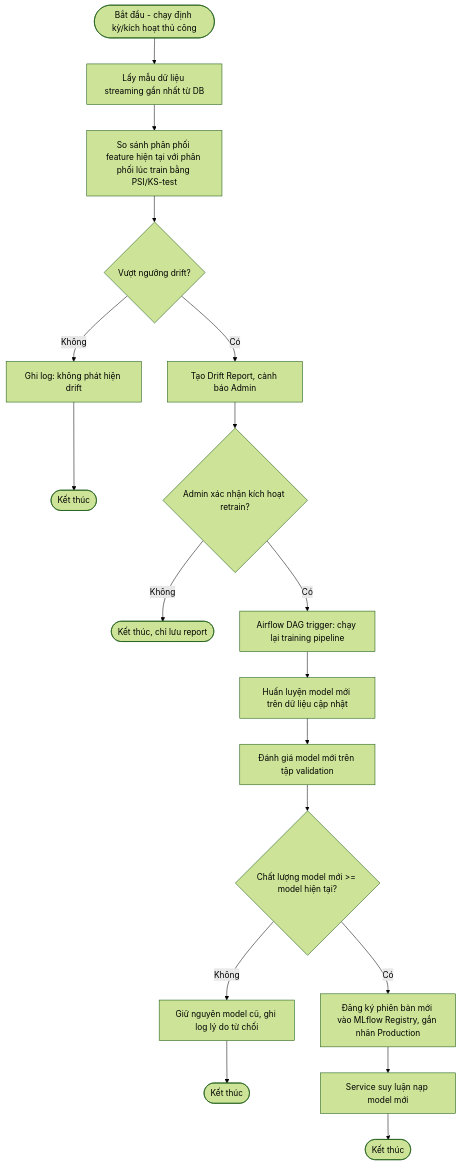
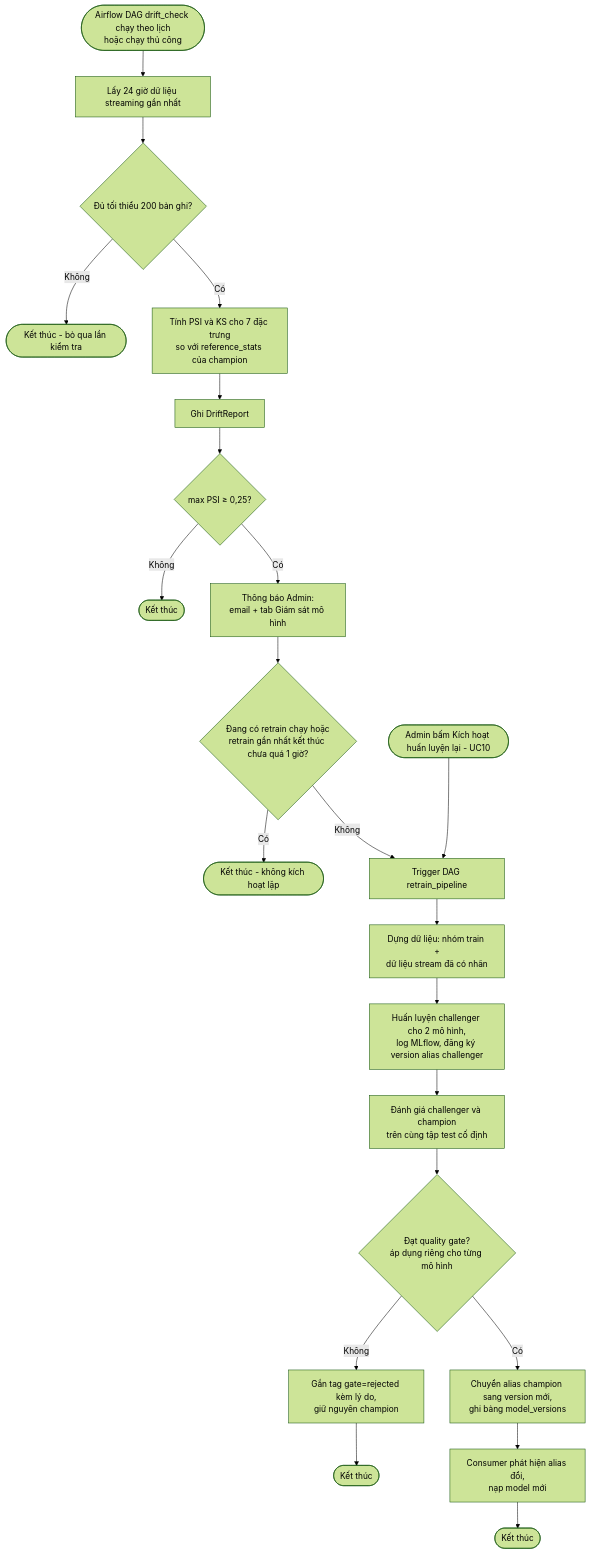
The third of 3 diagrams in docs/design/02_3_activity.md (MinhNguyen1007/Remote-patient-monitoring-system-using-Streaming-MLOps), drawn with Mermaid (forest theme) before and after one commit. The commit also changed other lines of this file and 21 other files, not shown here.

````diff
--- a/docs/design/02_3_activity.md
+++ b/docs/design/02_3_activity.md
@@ -41,20 +56,24 @@
 ```mermaid
 flowchart TD
-    Start([Bắt đầu - chạy định kỳ/kích hoạt thủ công]) --> A[Lấy mẫu dữ liệu streaming gần nhất từ DB]
-    A --> B[So sánh phân phối feature hiện tại với phân phối lúc train bằng PSI/KS-test]
-    B --> C{Vượt ngưỡng drift?}
-    C -- Không --> D[Ghi log: không phát hiện drift]
-    D --> End1([Kết thúc])
-    C -- Có --> E[Tạo Drift Report, cảnh báo Admin]
-    E --> F{Admin xác nhận kích hoạt retrain?}
-    F -- Không --> End2([Kết thúc, chỉ lưu report])
-    F -- Có --> G[Airflow DAG trigger: chạy lại training pipeline]
-    G --> H[Huấn luyện model mới trên dữ liệu cập nhật]
-    H --> I[Đánh giá model mới trên tập validation]
-    I --> J{Chất lượng model mới >= model hiện tại?}
-    J -- Không --> K[Giữ nguyên model cũ, ghi log lý do từ chối]
-    K --> End3([Kết thúc])
-    J -- Có --> L[Đăng ký phiên bản mới vào MLflow Registry, gắn nhãn Production]
-    L --> M[Service suy luận nạp model mới]
-    M --> End4([Kết thúc])
+    S1([Airflow DAG drift_check chạy theo lịch<br/>hoặc chạy thủ công]) --> A[Lấy 24 giờ dữ liệu streaming gần nhất]
+    A --> A1{Đủ tối thiểu 200 bản ghi?}
+    A1 -- Không --> E0([Kết thúc - bỏ qua lần kiểm tra])
+    A1 -- Có --> B[Tính PSI và KS cho 7 đặc trưng<br/>so với reference_stats của champion]
+    B --> C[Ghi DriftReport]
+    C --> D{max PSI ≥ 0,25?}
+    D -- Không --> E1([Kết thúc])
+    D -- Có --> F[Thông báo Admin:<br/>email + tab Giám sát mô hình]
+    F --> G{Đang có retrain chạy hoặc<br/>retrain gần nhất kết thúc chưa quá 1 giờ?}
+    G -- Có --> E2([Kết thúc - không kích hoạt lặp])
+    G -- Không --> R[Trigger DAG retrain_pipeline]
+    S2([Admin bấm Kích hoạt huấn luyện lại - UC10]) --> R
+    R --> H[Dựng dữ liệu: nhóm train +<br/>dữ liệu stream đã có nhãn]
+    H --> I[Huấn luyện challenger cho 2 mô hình,<br/>log MLflow, đăng ký version alias challenger]
+    I --> J[Đánh giá challenger và champion<br/>trên cùng tập test cố định]
+    J --> K{Đạt quality gate?<br/>áp dụng riêng cho từng mô hình}
+    K -- Không --> L[Gắn tag gate=rejected kèm lý do,<br/>giữ nguyên champion]
+    L --> E3([Kết thúc])
+    K -- Có --> M[Chuyển alias champion sang version mới,<br/>ghi bảng model_versions]
+    M --> N[Consumer phát hiện alias đổi,<br/>nạp model mới]
+    N --> E4([Kết thúc])
 ```
````
